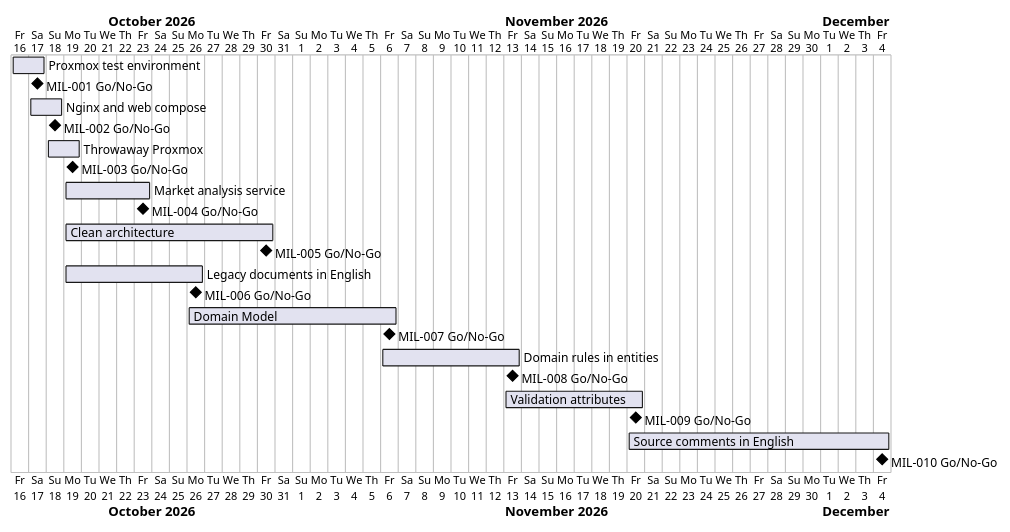
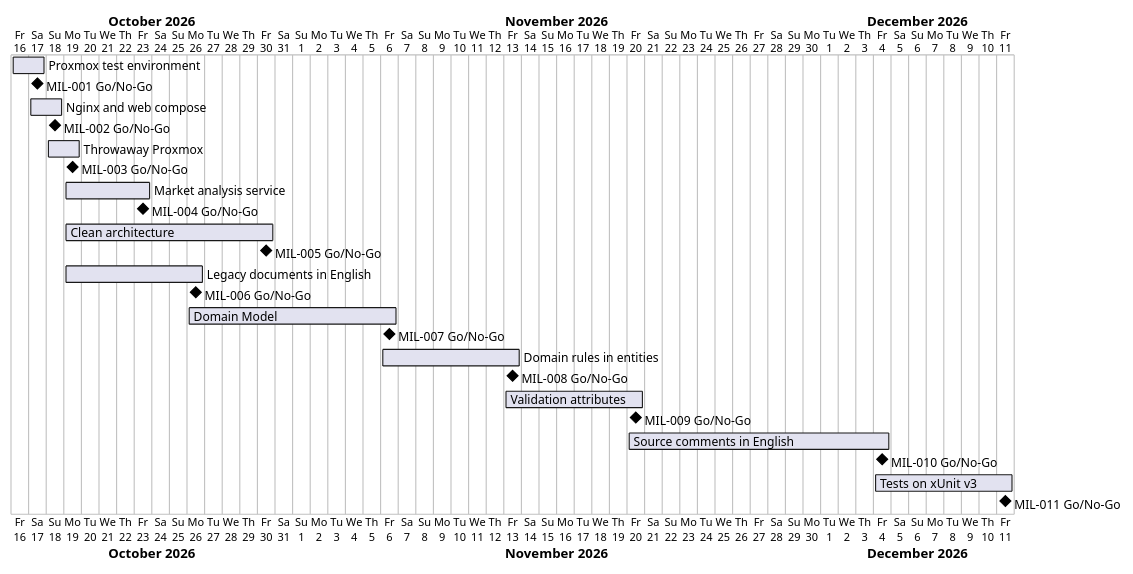
Before and after one commit to NF-Hotel/NFHotel: the diagram in docs/project-plan.md, drawn with PlantUML. The commit also changed other lines of this file and 5 other files, not shown here.

First line of the commit message:
Plan the move to xUnit v3 (MIL-011)

````diff
--- a/docs/project-plan.md
+++ b/docs/project-plan.md
@@ -46,25 +48,27 @@
 ```plantuml
 @startgantt
 Project starts 2026-10-16
 [Proxmox test environment] starts 2026-10-16 and ends 2026-10-17
 [MIL-001 Go/No-Go] happens 2026-10-17
 [Nginx and web compose] starts 2026-10-17 and ends 2026-10-18
 [MIL-002 Go/No-Go] happens 2026-10-18
 [Throwaway Proxmox] starts 2026-10-18 and ends 2026-10-19
 [MIL-003 Go/No-Go] happens 2026-10-19
 [Market analysis service] starts 2026-10-19 and ends 2026-10-23
 [MIL-004 Go/No-Go] happens 2026-10-23
 [Clean architecture] starts 2026-10-19 and ends 2026-10-30
 [MIL-005 Go/No-Go] happens 2026-10-30
 [Legacy documents in English] starts 2026-10-19 and ends 2026-10-26
 [MIL-006 Go/No-Go] happens 2026-10-26
 [Domain Model] starts 2026-10-26 and ends 2026-11-06
 [MIL-007 Go/No-Go] happens 2026-11-06
 [Domain rules in entities] starts 2026-11-06 and ends 2026-11-13
 [MIL-008 Go/No-Go] happens 2026-11-13
 [Validation attributes] starts 2026-11-13 and ends 2026-11-20
 [MIL-009 Go/No-Go] happens 2026-11-20
 [Source comments in English] starts 2026-11-20 and ends 2026-12-04
 [MIL-010 Go/No-Go] happens 2026-12-04
+[Tests on xUnit v3] starts 2026-12-04 and ends 2026-12-11
+[MIL-011 Go/No-Go] happens 2026-12-11
 @endgantt
 ```
````
